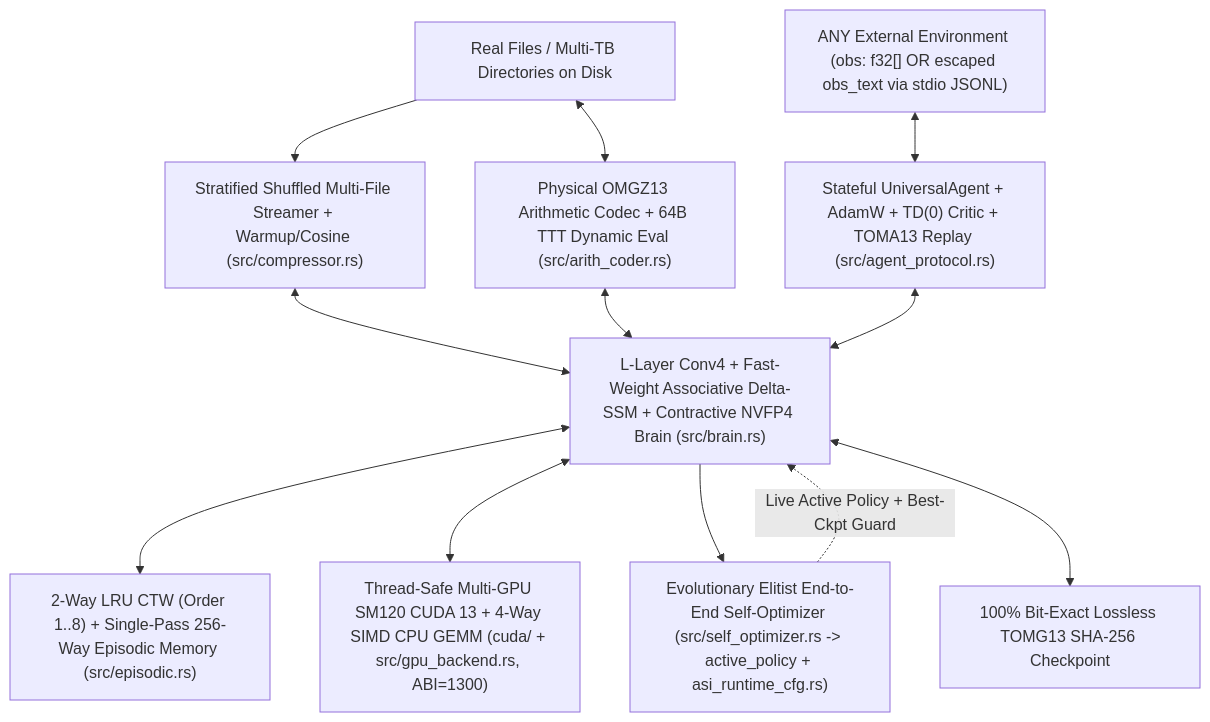
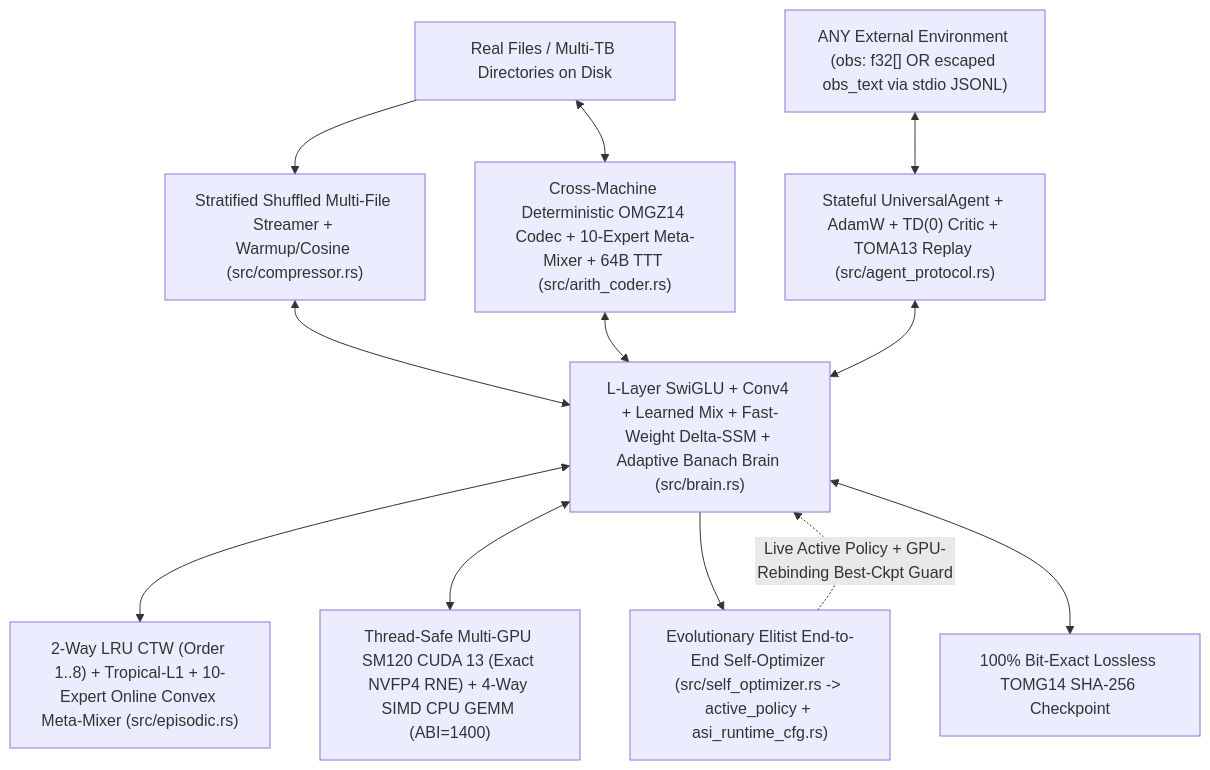
The diagram in 초지능/범용_초지능.md (flwjfxm0004/Defi), drawn with Mermaid before and after one commit. The commit also changed other lines of this file and 18 other files, not shown here.

````diff
--- a/초지능/범용_초지능.md
+++ b/초지능/범용_초지능.md
@@ -38,14 +34,14 @@
 ```mermaid
 flowchart TD
     REAL["Real Files / Multi-TB Directories on Disk"] --> COMP["Stratified Shuffled Multi-File Streamer + Warmup/Cosine (src/compressor.rs)"]
-    REAL <--> CODEC["Physical OMGZ13 Arithmetic Codec + 64B TTT Dynamic Eval (src/arith_coder.rs)"]
+    REAL <--> CODEC["Cross-Machine Deterministic OMGZ14 Codec + 10-Expert Meta-Mixer + 64B TTT (src/arith_coder.rs)"]
     EXT["ANY External Environment (obs: f32[] OR escaped obs_text via stdio JSONL)"] <--> AGENT["Stateful UniversalAgent + AdamW + TD(0) Critic + TOMA13 Replay (src/agent_protocol.rs)"]
-    COMP <--> BRAIN["L-Layer Conv4 + Fast-Weight Associative Delta-SSM + Contractive NVFP4 Brain (src/brain.rs)"]
+    COMP <--> BRAIN["L-Layer SwiGLU + Conv4 + Learned Mix + Fast-Weight Delta-SSM + Adaptive Banach Brain (src/brain.rs)"]
     CODEC <--> BRAIN
     AGENT <--> BRAIN
-    BRAIN <--> MEM["2-Way LRU CTW (Order 1..8) + Single-Pass 256-Way Episodic Memory (src/episodic.rs)"]
-    BRAIN <--> GPU["Thread-Safe Multi-GPU SM120 CUDA 13 + 4-Way SIMD CPU GEMM (cuda/ + src/gpu_backend.rs, ABI=1300)"]
+    BRAIN <--> MEM["2-Way LRU CTW (Order 1..8) + Tropical-L1 + 10-Expert Online Convex Meta-Mixer (src/episodic.rs)"]
+    BRAIN <--> GPU["Thread-Safe Multi-GPU SM120 CUDA 13 (Exact NVFP4 RNE) + 4-Way SIMD CPU GEMM (ABI=1400)"]
     BRAIN --> OPT["Evolutionary Elitist End-to-End Self-Optimizer (src/self_optimizer.rs -> active_policy + asi_runtime_cfg.rs)"]
-    OPT -. "Live Active Policy + Best-Ckpt Guard" .-> BRAIN
-    BRAIN <--> CKPT["100% Bit-Exact Lossless TOMG13 SHA-256 Checkpoint"]
+    OPT -. "Live Active Policy + GPU-Rebinding Best-Ckpt Guard" .-> BRAIN
+    BRAIN <--> CKPT["100% Bit-Exact Lossless TOMG14 SHA-256 Checkpoint"]
 ```
````
